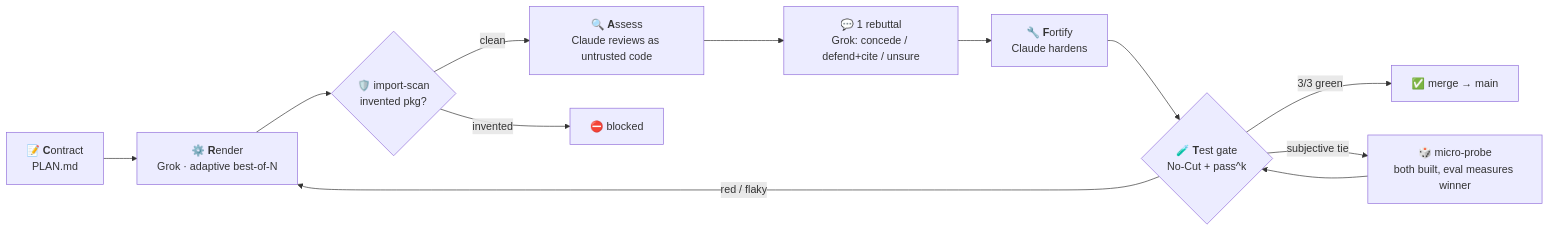
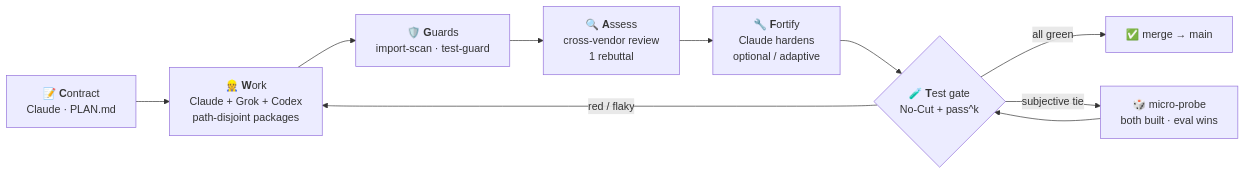
Before and after one commit to Oz4462/dual-agent-craft: the diagram in README.md, drawn with Mermaid. The commit also changed other lines of this file, not shown here.

First line of the commit message:
docs(readme): refresh main page for team-work, dual-run, platforms, CI

````diff
--- a/README.md
+++ b/README.md
@@ -43,14 +45,12 @@
 ```mermaid
 flowchart LR
-    C["📝 <b>C</b>ontract<br/>PLAN.md"] --> R["⚙️ <b>R</b>ender<br/>Grok · adaptive best-of-N"]
-    R --> SCAN{"🛡️ import-scan<br/>invented pkg?"}
-    SCAN -->|clean| A["🔍 <b>A</b>ssess<br/>Claude reviews as untrusted code"]
-    SCAN -->|invented| X1["⛔ blocked"]
-    A --> RB["💬 1 rebuttal<br/>Grok: concede / defend+cite / unsure"]
-    RB --> F["🔧 <b>F</b>ortify<br/>Claude hardens"]
+    C["📝 <b>C</b>ontract<br/>Claude · PLAN.md"] --> W["👷 <b>W</b>ork<br/>Claude + Grok + Codex<br/>path-disjoint packages"]
+    W --> G["🛡️ <b>G</b>uards<br/>import-scan · test-guard"]
+    G --> A["🔍 <b>A</b>ssess<br/>cross-vendor review<br/>1 rebuttal"]
+    A --> F["🔧 <b>F</b>ortify<br/>Claude hardens<br/>optional / adaptive"]
     F --> T{"🧪 <b>T</b>est gate<br/>No-Cut + pass^k"}
-    T -->|3/3 green| M["✅ merge → main"]
-    T -->|red / flaky| R
-    T -->|subjective tie| P["🎲 micro-probe<br/>both built, eval measures winner"]
+    T -->|all green| M["✅ merge → main"]
+    T -->|red / flaky| W
+    T -->|subjective tie| P["🎲 micro-probe<br/>both built · eval wins"]
     P --> T
 ```
````
